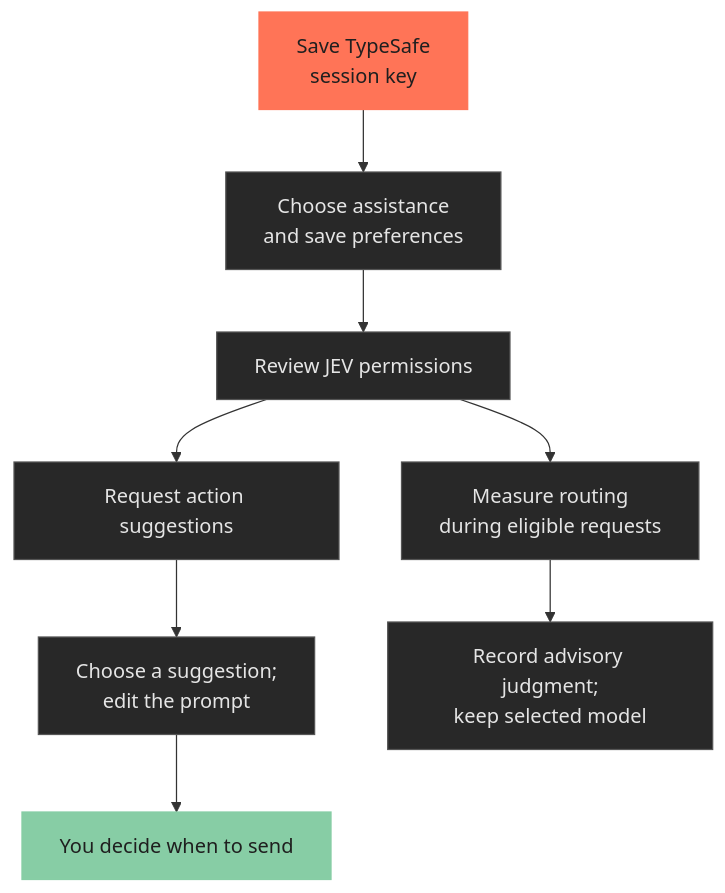
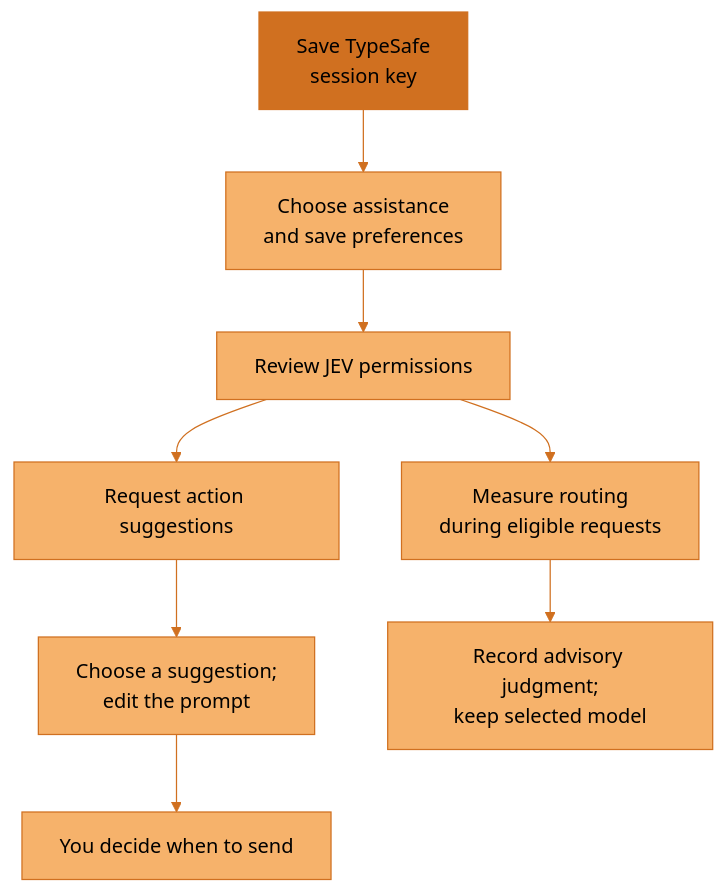
One commit to JosephOIbrahim/Synapse changed the diagram in docs/getting-started/jev-setup.md. Above: the diagram before and after it, drawn with Mermaid. The commit also changed 9 other files, not shown here.

````diff
--- a/docs/getting-started/jev-setup.md
+++ b/docs/getting-started/jev-setup.md
@@ -28,17 +28,18 @@
 ```mermaid
 flowchart TD
     accTitle: Enable optional JEV assistance
     accDescr: Save a session key, choose assistance preferences, and allow the required TypeSafe access. Ranking prepares a draft; routing measurement records advice. Neither sends a build automatically.
     K["Save TypeSafe<br/>session key"] --> P["Choose assistance<br/>and save preferences"]
     P --> A["Review JEV permissions"]
     A --> R["Request action suggestions"]
     A --> M["Measure routing<br/>during eligible requests"]
     R --> D["Choose a suggestion;<br/>edit the prompt"]
     D --> U["You decide when to send"]
     M --> L["Record advisory judgment;<br/>keep selected model"]
-    classDef default fill:#282828,stroke:#555555,color:#E5E5E5
-    classDef synapse fill:#FF7457,stroke:#FF7457,color:#1F1F1F
-    classDef artist fill:#87CDA5,stroke:#87CDA5,color:#1F1F1F
+    classDef default fill:#F6B26B,stroke:#D07020,color:#000000
+    classDef synapse fill:#D07020,stroke:#D07020,color:#000000
+    classDef artist fill:#F6B26B,stroke:#D07020,color:#000000
     class K synapse
     class U artist
+    linkStyle default stroke:#D07020
 ```
````
